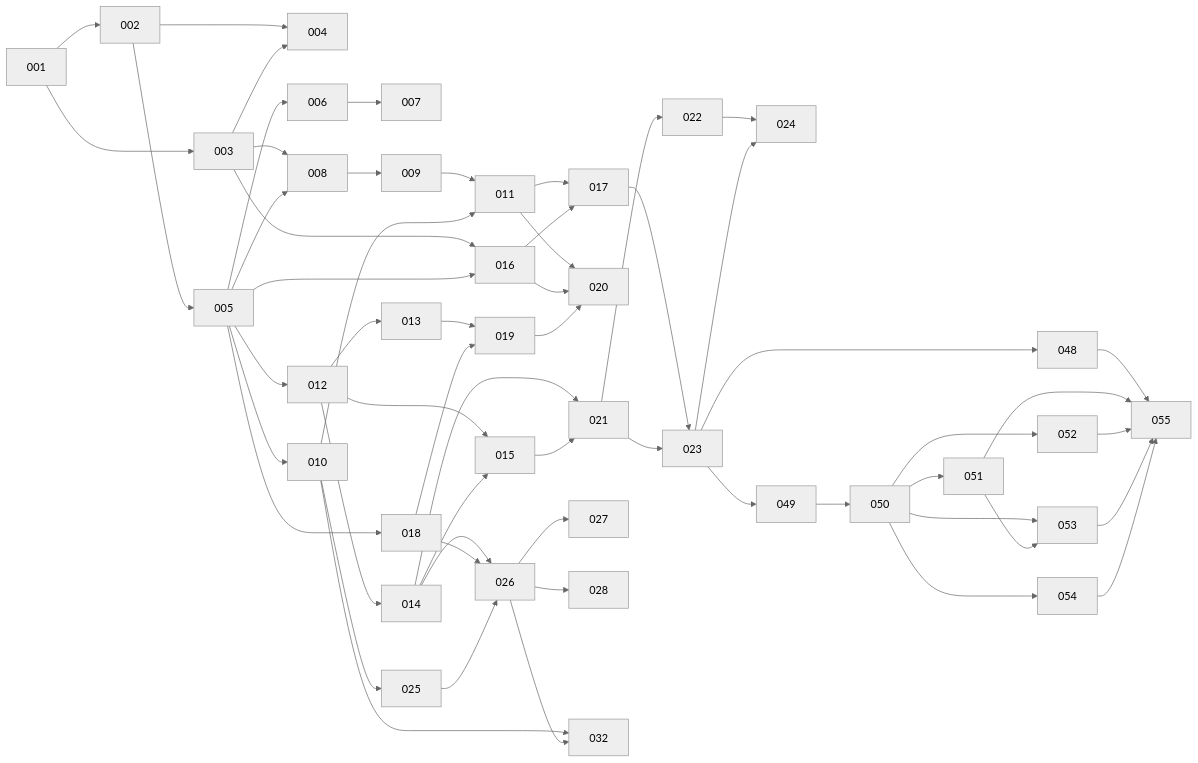
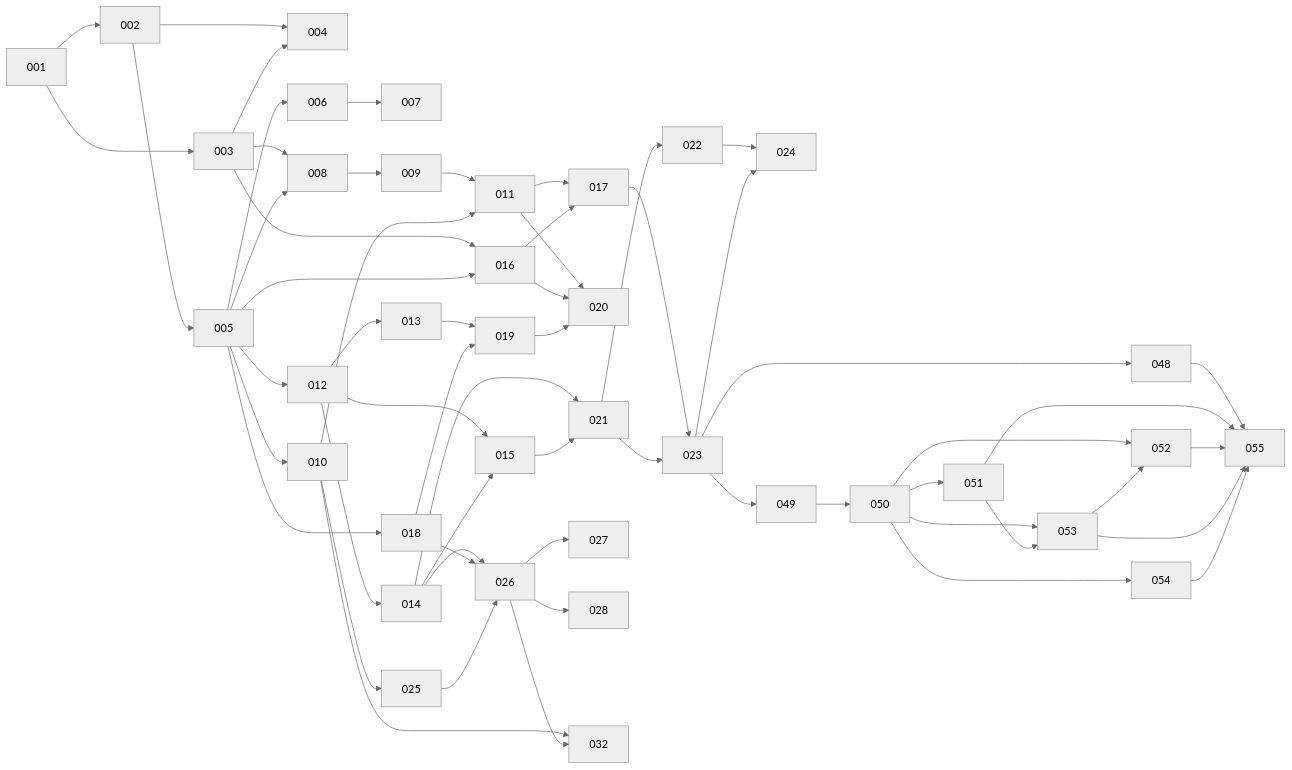
The diagram in ROADMAP.md (stevenpickles/straticate), drawn with Mermaid (neutral theme) before and after one commit. The commit also changed other lines of this file and 10 other files, not shown here.

````diff
--- a/ROADMAP.md
+++ b/ROADMAP.md
@@ -315,30 +315,31 @@
 ```mermaid
 graph LR
   001 --> 002 & 003
   002 & 003 --> 004
   002 --> 005
   005 --> 006 --> 007
   003 & 005 --> 008 --> 009
   005 --> 010
   009 & 010 --> 011
   005 --> 012 --> 013
   012 --> 014
   012 & 014 --> 015
   003 & 005 --> 016
   011 & 016 --> 017
   005 --> 018
   013 & 018 --> 019
   011 & 016 & 019 --> 020
   014 & 015 --> 021 --> 022
   017 & 021 --> 023
   022 & 023 --> 024
   010 --> 025
   014 & 018 & 025 --> 026
   026 --> 027 & 028
   010 & 026 --> 032
   023 --> 048 & 049
   049 --> 050
   050 --> 051 & 052 & 053 & 054
   051 --> 053
+  053 --> 052
   048 & 051 & 052 & 053 & 054 --> 055
 ```
````
